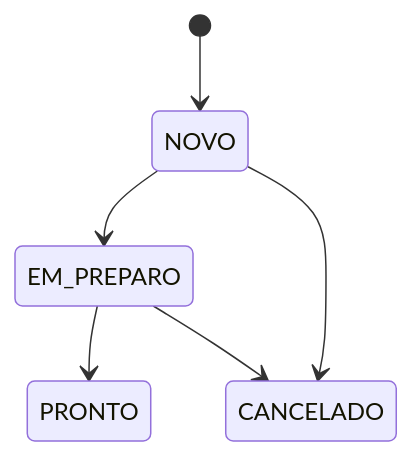
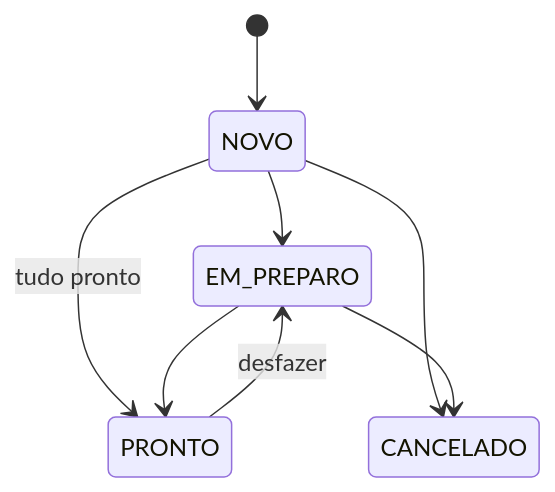
Before and after one commit to marlonerick/erp-mesa-restaurante: the fourth of 6 diagrams in maps/flows/estados.md, drawn with Mermaid. The commit also changed other lines of this file and 73 other files, not shown here.

````diff
--- a/maps/flows/estados.md
+++ b/maps/flows/estados.md
@@ -60,8 +63,10 @@
 ```mermaid
 stateDiagram-v2
   [*] --> NOVO
   NOVO --> EM_PREPARO
+  NOVO --> PRONTO: tudo pronto
   EM_PREPARO --> PRONTO
+  PRONTO --> EM_PREPARO: desfazer
   NOVO --> CANCELADO
   EM_PREPARO --> CANCELADO
 ```
````
